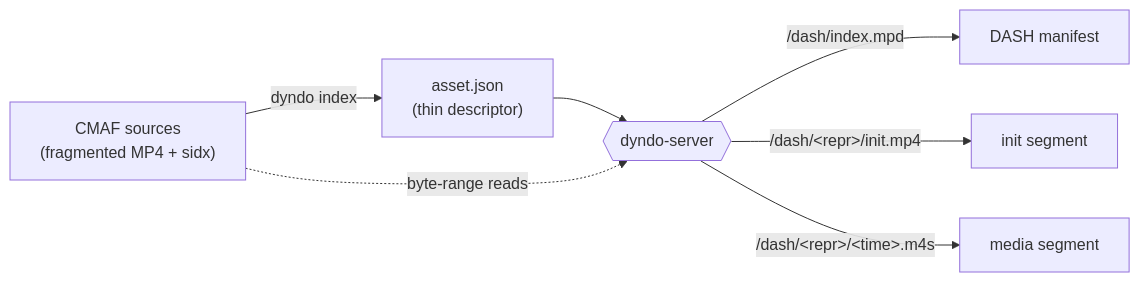
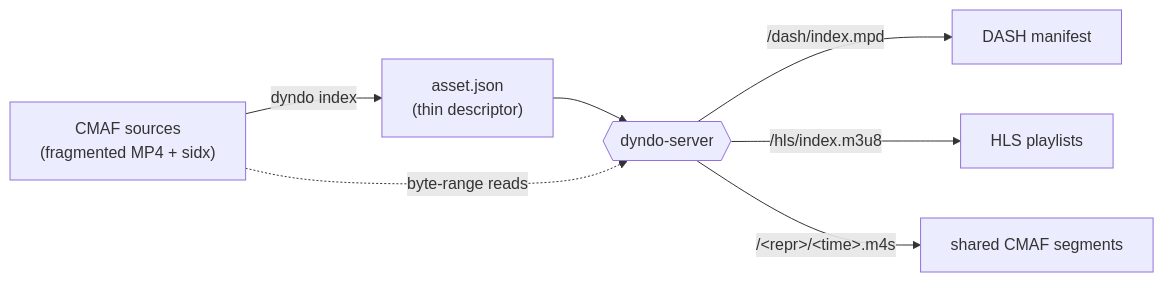
One commit to matvp91/dyndo changed the diagram in README.md. Above: the diagram before and after it, drawn with Mermaid. The commit also changed other lines of this file and 39 other files, not shown here.

````diff
--- a/README.md
+++ b/README.md
@@ -39,12 +33,12 @@
 ```mermaid
 flowchart LR
     A["CMAF sources<br/>(fragmented MP4 + sidx)"]
     B["asset.json<br/>(thin descriptor)"]
     S{{dyndo-server}}
     A -->|dyndo index| B
     B --> S
     A -. byte-range reads .-> S
     S -->|/dash/index.mpd| M[DASH manifest]
-    S -->|/dash/&lt;repr&gt;/init.mp4| I[init segment]
-    S -->|/dash/&lt;repr&gt;/&lt;time&gt;.m4s| G[media segment]
+    S -->|/hls/index.m3u8| H[HLS playlists]
+    S -->|/&lt;repr&gt;/&lt;time&gt;.m4s| G[shared CMAF segments]
 ```
````
